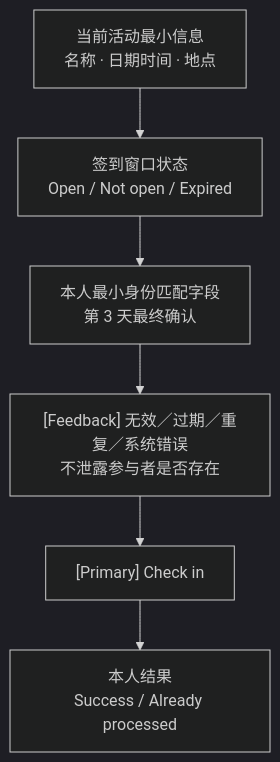
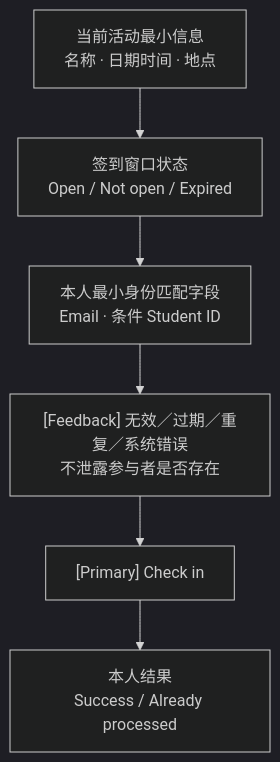
Diagram 11 of 13 in docs/plans/week-1/artifacts/day-2/DAY_2_STEP_7_LOW_FIDELITY_WIREFRAMES.md (Josscui516/MahjongFlow), drawn with Mermaid (dark theme) before and after one commit. The commit also changed 11 other files, not shown here.

````diff
--- a/docs/plans/week-1/artifacts/day-2/DAY_2_STEP_7_LOW_FIDELITY_WIREFRAMES.md
+++ b/docs/plans/week-1/artifacts/day-2/DAY_2_STEP_7_LOW_FIDELITY_WIREFRAMES.md
@@ -242,10 +242,10 @@
 ```mermaid
 flowchart TB
     EVENT["当前活动最小信息<br/>名称 · 日期时间 · 地点"]
     WINDOW["签到窗口状态<br/>Open / Not open / Expired"]
-    FORM["本人最小身份匹配字段<br/>第 3 天最终确认"]
+    FORM["本人最小身份匹配字段<br/>Email · 条件 Student ID"]
     FEED["[Feedback] 无效／过期／重复／系统错误<br/>不泄露参与者是否存在"]
     ACTION["[Primary] Check in"]
     RESULT["本人结果<br/>Success / Already processed"]
     EVENT --> WINDOW --> FORM --> FEED --> ACTION --> RESULT
 ```
````
